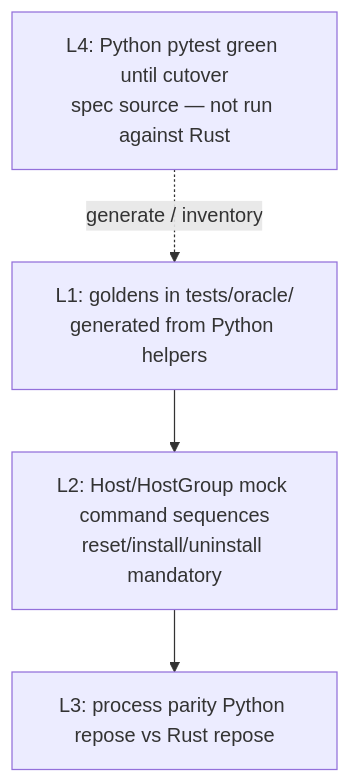
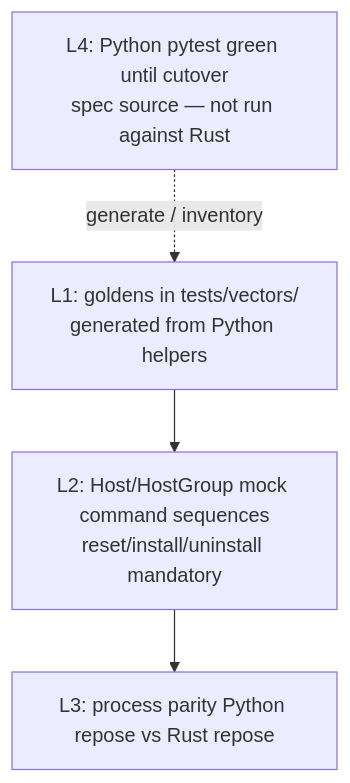
The third of 4 diagrams in docs/design/rust-rewrite.md (openSUSE/repose), drawn with Mermaid before and after one commit. The commit also changed other lines of this file and 99 other files, not shown here.

First line of the commit message:
refactor(tests)!: drop the Python-oracle framing — vectors are Rust's own expected output

````diff
--- a/docs/design/rust-rewrite.md
+++ b/docs/design/rust-rewrite.md
@@ -779,10 +779,10 @@
 ```mermaid
 flowchart TB
-  L1["L1: goldens in tests/oracle/<br/>generated from Python helpers"]
+  L1["L1: goldens in tests/vectors/<br/>generated from Python helpers"]
   L2["L2: Host/HostGroup mock command sequences<br/>reset/install/uninstall mandatory"]
   L3["L3: process parity Python repose vs Rust repose"]
   L4["L4: Python pytest green until cutover<br/>spec source — not run against Rust"]
 
   L1 --> L2 --> L3
   L4 -.->|generate / inventory| L1
 ```
````
